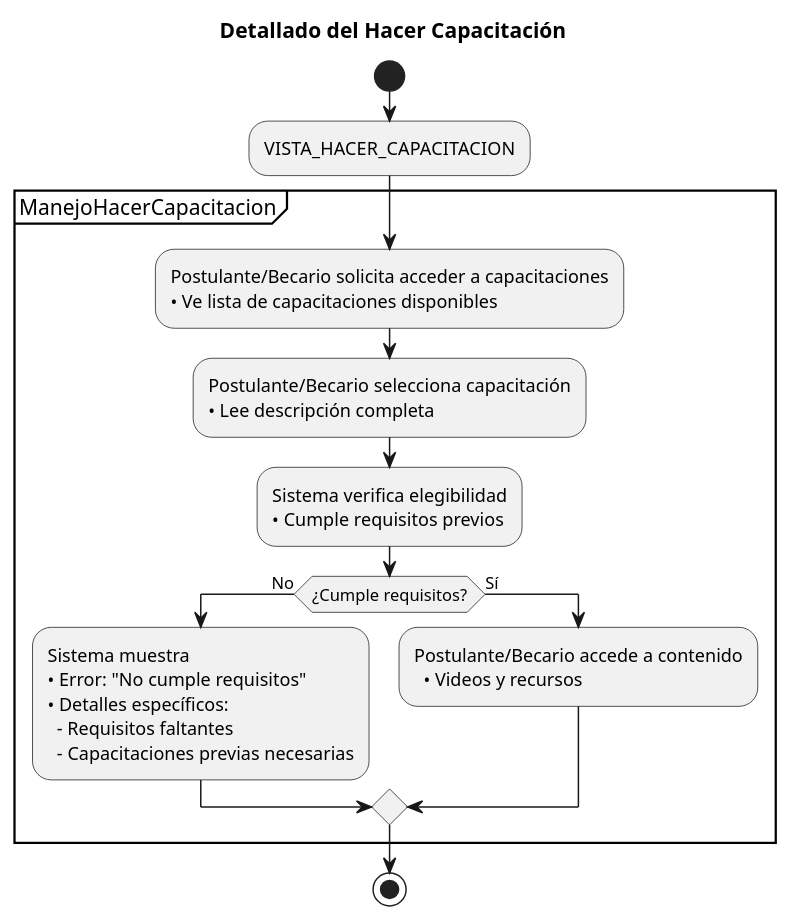
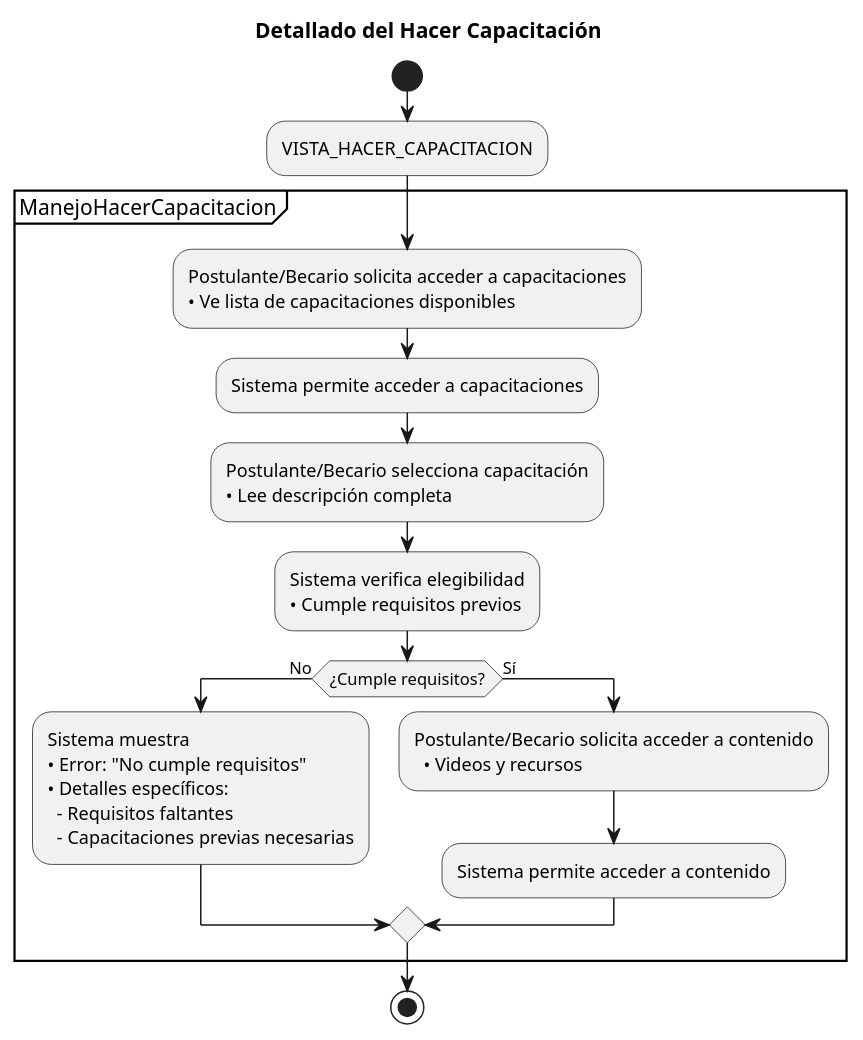
Before and after one commit to Dievex/24-25-IdSw1-SDR: the diagram in casos_de_uso/diagramas_casos_de_uso_detallados/hacer_capacitacion.puml, drawn with PlantUML. The commit also changed 9 other files, not shown here.

Commit message:
docs(use-case-diagrams): add system permission steps to detailed use case diagrams

```diff
--- a/casos_de_uso/diagramas_casos_de_uso_detallados/hacer_capacitacion.puml
+++ b/casos_de_uso/diagramas_casos_de_uso_detallados/hacer_capacitacion.puml
@@ -1,39 +1,42 @@
 @startuml
 title Detallado del Hacer Capacitación
 
 start
 
 :VISTA_HACER_CAPACITACION;
 
 partition ManejoHacerCapacitacion {
   
   :Postulante/Becario solicita acceder a capacitaciones
   • Ve lista de capacitaciones disponibles;
 
+  :Sistema permite acceder a capacitaciones;
   
   :Postulante/Becario selecciona capacitación
   • Lee descripción completa;
+
   
   :Sistema verifica elegibilidad
   • Cumple requisitos previos;
   
   
   if (¿Cumple requisitos?) then (No)
     :Sistema muestra
     • Error: "No cumple requisitos"
     • Detalles específicos:
       - Requisitos faltantes
       - Capacitaciones previas necesarias;
     
     
   else (Sí)
-    :Postulante/Becario accede a contenido
+    :Postulante/Becario solicita acceder a contenido
       • Videos y recursos;
-       
+    
+    :Sistema permite acceder a contenido;
     
   endif
   
 }
 
 stop
 @enduml
```
